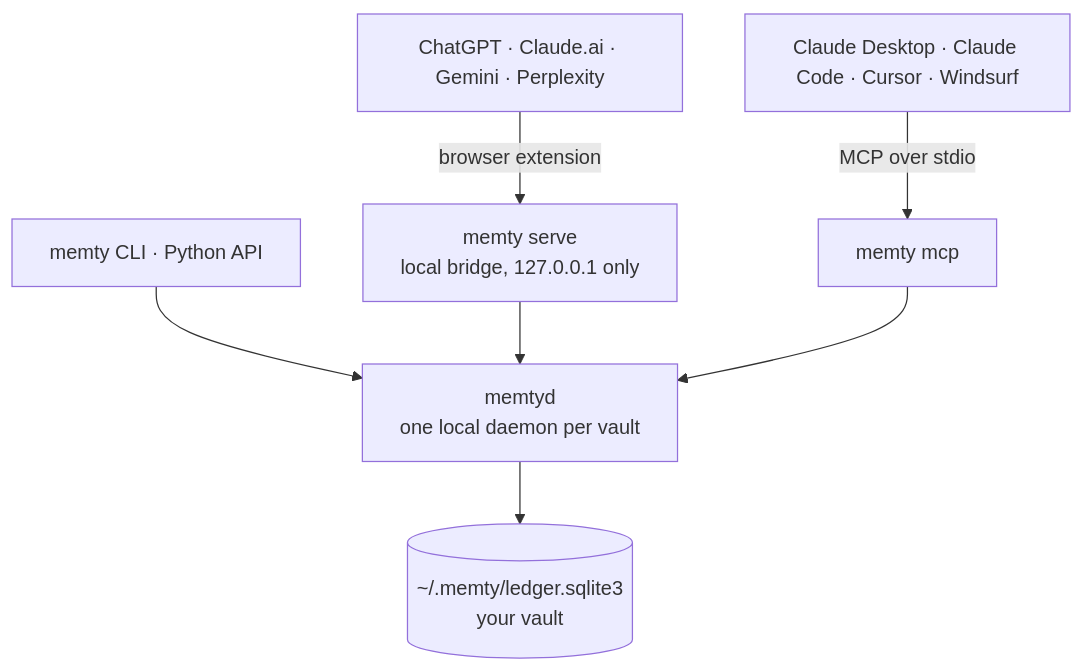
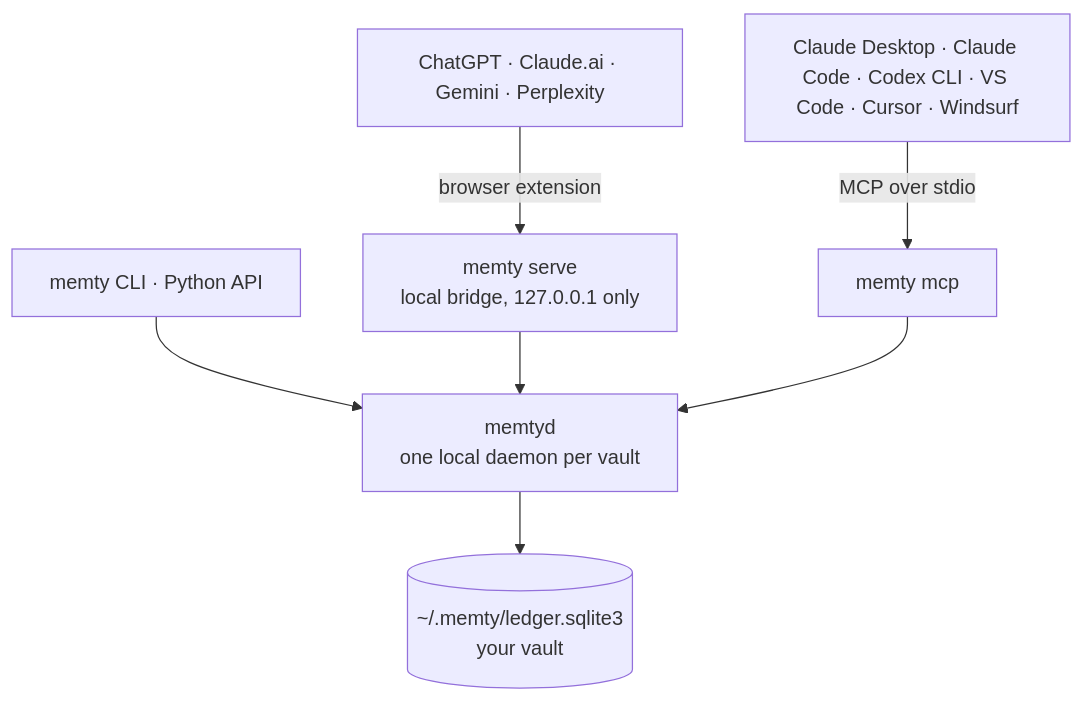
The first of 2 diagrams in README.md (Mr-Neutr0n/memty), drawn with Mermaid before and after one commit. The commit also changed other lines of this file and 8 other files, not shown here.

Commit message:
Add cross-client Memty MCP sync and setup

````diff
--- a/README.md
+++ b/README.md
@@ -78,9 +78,9 @@
 ```mermaid
 flowchart TB
     W["ChatGPT · Claude.ai · Gemini · Perplexity"] -->|browser extension| B["memty serve<br/>local bridge, 127.0.0.1 only"]
-    D["Claude Desktop · Claude Code · Cursor · Windsurf"] -->|MCP over stdio| M["memty mcp"]
+    D["Claude Desktop · Claude Code · Codex CLI · VS Code · Cursor · Windsurf"] -->|MCP over stdio| M["memty mcp"]
     C["memty CLI · Python API"] --> Q
     B --> Q["memtyd<br/>one local daemon per vault"]
     M --> Q
     Q --> V[("~/.memty/ledger.sqlite3<br/>your vault")]
 ```
````
